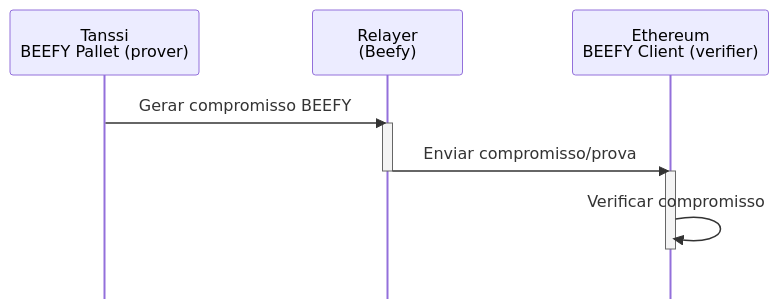
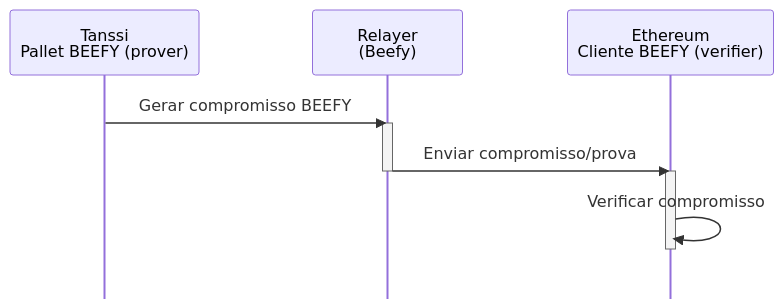
The first of 7 diagrams in pt/learn/tanssi/tanssi-ethereum-bridge.md (moondance-labs/tanssi-docs), drawn with Mermaid before and after one commit. The commit also changed other lines of this file and 91 other files, not shown here.

````diff
--- a/pt/learn/tanssi/tanssi-ethereum-bridge.md
+++ b/pt/learn/tanssi/tanssi-ethereum-bridge.md
@@ -43,16 +43,17 @@
 ```mermaid
 sequenceDiagram
     %%{init: {'sequence': {'mirrorActors': false}}}%%
-    participant Tanssi_Pallet as Tanssi <br/> BEEFY Pallet (prover)
+    participant Tanssi_Pallet as Tanssi <br/> Pallet BEEFY (prover)
     participant Beefy_Relayer as Relayer <br/> (Beefy)
-    participant Eth_BeefyClient as Ethereum <br/> BEEFY Client (verifier)
+    participant Eth_BeefyClient as Ethereum <br/> Cliente BEEFY (verifier)
 
     Tanssi_Pallet->>Beefy_Relayer: Gerar compromisso BEEFY
     activate Beefy_Relayer
     Beefy_Relayer->>Eth_BeefyClient: Enviar compromisso/prova
     deactivate Beefy_Relayer
 
     activate Eth_BeefyClient
     Eth_BeefyClient->>Eth_BeefyClient: Verificar compromisso
     deactivate Eth_BeefyClient
+
 ```
````
